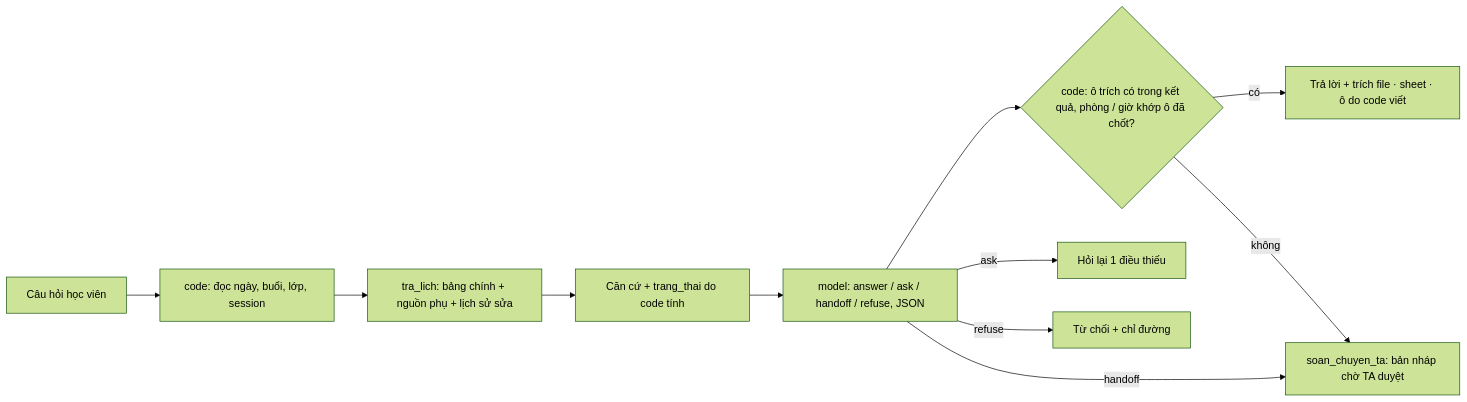
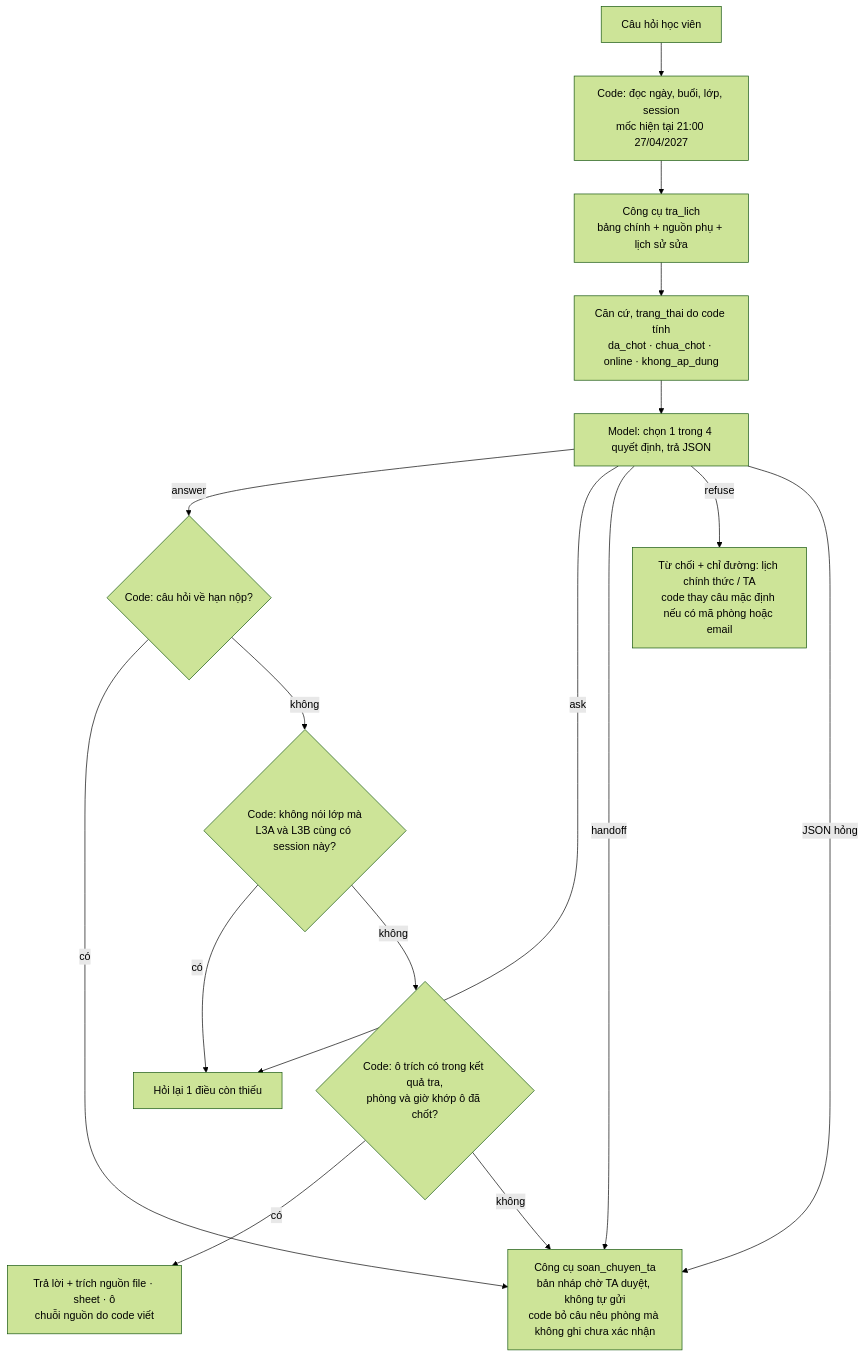
One commit to MaiVanThanhDev/K5-Day15-L3A-Space-Marine changed the diagram in spec.md. Above: the diagram before and after it, drawn with Mermaid (forest theme). The commit also changed other lines of this file and 4 other files, not shown here.

First line of the commit message:
Nối Gemini (gemini-3.1-flash-lite); thêm tong_quan_khoa, lọc theo phòng, chặn câu nộp bài

````diff
--- a/spec.md
+++ b/spec.md
@@ -48,13 +48,20 @@
   ```mermaid
-  flowchart LR
-    Q[Câu hỏi học viên] --> P[code: đọc ngày, buổi, lớp, session]
-    P --> T[tra_lich: bảng chính + nguồn phụ + lịch sử sửa]
-    T --> C[Căn cứ + trang_thai do code tính]
-    C --> M[model: answer / ask / handoff / refuse, JSON]
-    M --> V{code: ô trích có trong kết quả, phòng / giờ khớp ô đã chốt?}
-    V -- có --> A[Trả lời + trích file · sheet · ô do code viết]
-    V -- không --> H[soan_chuyen_ta: bản nháp chờ TA duyệt]
-    M -- handoff --> H
-    M -- ask --> K[Hỏi lại 1 điều thiếu]
-    M -- refuse --> R[Từ chối + chỉ đường]
+  flowchart TD
+    Q["Câu hỏi học viên"] --> P["Code: đọc ngày, buổi, lớp, session<br/>mốc hiện tại 21:00 27/04/2027"]
+    P --> T["Công cụ tra_lich<br/>bảng chính + nguồn phụ + lịch sử sửa"]
+    T --> C["Căn cứ, trang_thai do code tính<br/>da_chot · chua_chot · online · khong_ap_dung"]
+    C --> M["Model: chọn 1 trong 4 quyết định, trả JSON"]
+
+    M -->|"answer"| D1{"Code: câu hỏi về hạn nộp?"}
+    D1 -->|"có"| H
+    D1 -->|"không"| D2{"Code: không nói lớp mà<br/>L3A và L3B cùng có session này?"}
+    D2 -->|"có"| K
+    D2 -->|"không"| D3{"Code: ô trích có trong kết quả tra,<br/>phòng và giờ khớp ô đã chốt?"}
+    D3 -->|"có"| A["Trả lời + trích nguồn file · sheet · ô<br/>chuỗi nguồn do code viết"]
+    D3 -->|"không"| H
+
+    M -->|"ask"| K["Hỏi lại 1 điều còn thiếu"]
+    M -->|"handoff"| H["Công cụ soan_chuyen_ta<br/>bản nháp chờ TA duyệt, không tự gửi<br/>code bỏ câu nêu phòng mà không ghi chưa xác nhận"]
+    M -->|"refuse"| R["Từ chối + chỉ đường: lịch chính thức / TA<br/>code thay câu mặc định nếu có mã phòng hoặc email"]
+    M -->|"JSON hỏng"| H
   ```
````
